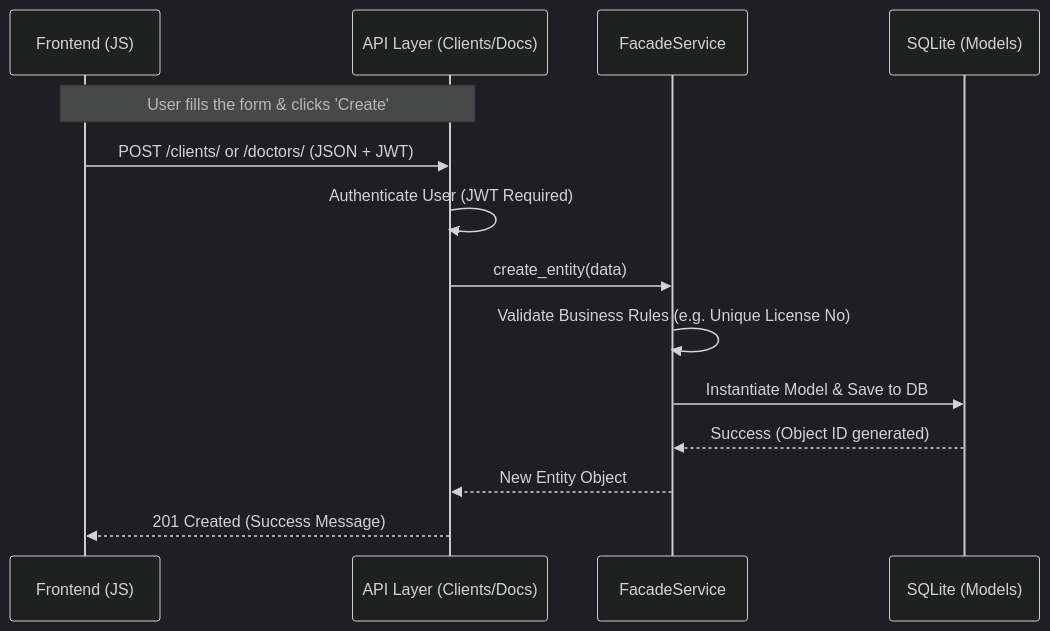
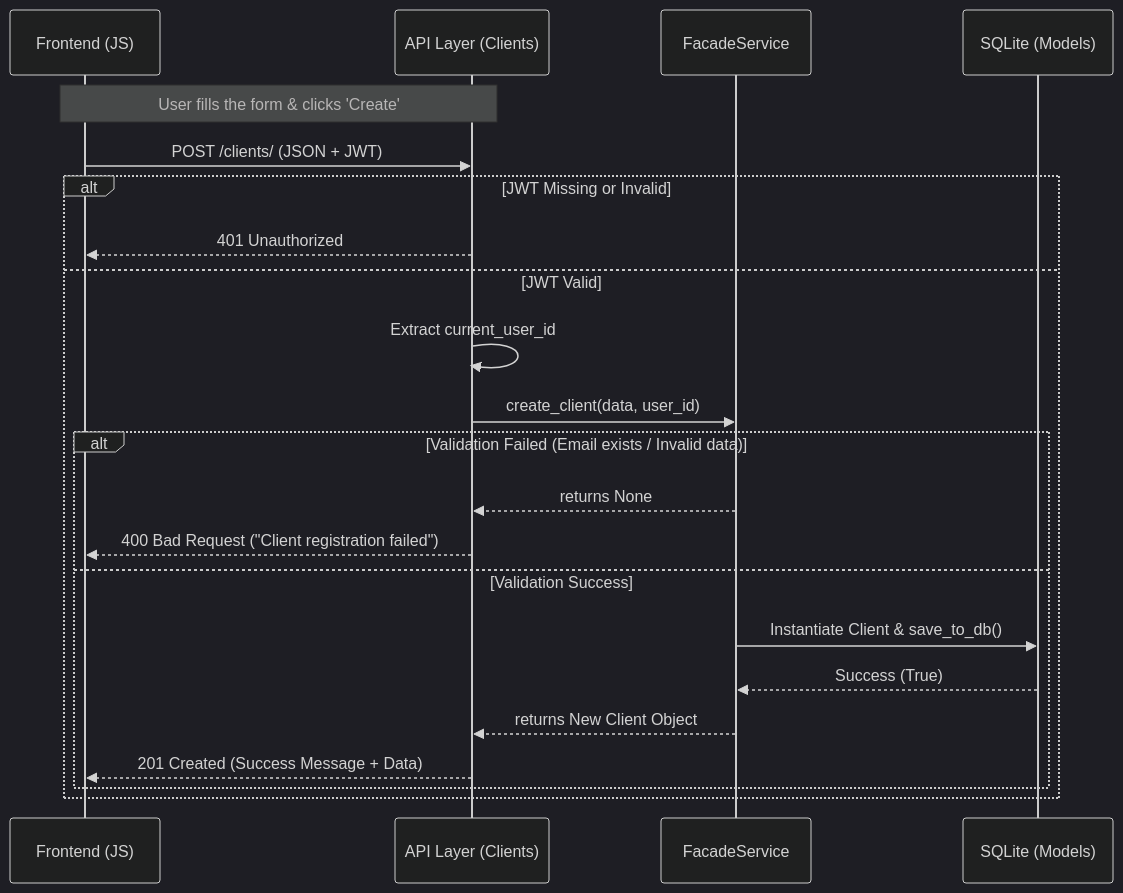
The third of 6 diagrams in documentation.md (Mathieu7483/Portfolio), drawn with Mermaid (dark theme) before and after one commit.

Commit message:
Refine sequence diagram for client creation process
Updated sequence diagram for POST request to clarify the API layer and added handling for JWT validation.

````diff
--- a/documentation.md
+++ b/documentation.md
@@ -190,22 +190,28 @@
 ```mermaid
 sequenceDiagram
     participant UI as Frontend (JS)
-    participant API as API Layer (Clients/Docs)
+    participant API as API Layer (Clients)
     participant F as FacadeService
     participant DB as SQLite (Models)
 
     Note over UI, API: User fills the form & clicks 'Create'
-    UI->>API: POST /clients/ or /doctors/ (JSON + JWT)
+    UI->>API: POST /clients/ (JSON + JWT)
     
-    API->>API: Authenticate User (JWT Required)
-    
-    API->>F: create_entity(data)
-    
-    F->>F: Validate Business Rules (e.g. Unique License No)
-    
-    F->>DB: Instantiate Model & Save to DB
-    DB-->>F: Success (Object ID generated)
-    
-    F-->>API: New Entity Object
-    API-->>UI: 201 Created (Success Message)
+    alt JWT Missing or Invalid
+        API-->>UI: 401 Unauthorized
+    else JWT Valid
+        API->>API: Extract current_user_id
+        
+        API->>F: create_client(data, user_id)
+        
+        alt Validation Failed (Email exists / Invalid data)
+            F-->>API: returns None
+            API-->>UI: 400 Bad Request ("Client registration failed")
+        else Validation Success
+            F->>DB: Instantiate Client & save_to_db()
+            DB-->>F: Success (True)
+            F-->>API: returns New Client Object
+            API-->>UI: 201 Created (Success Message + Data)
+        end
+    end
 ```
````
